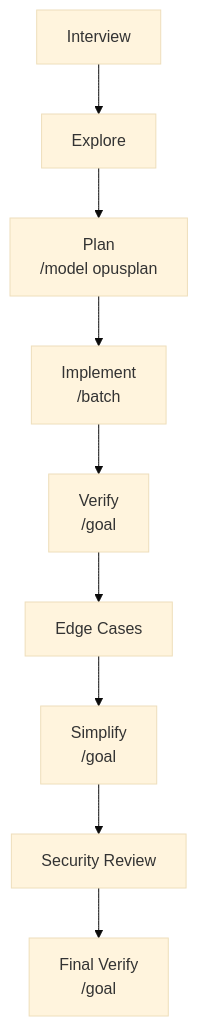
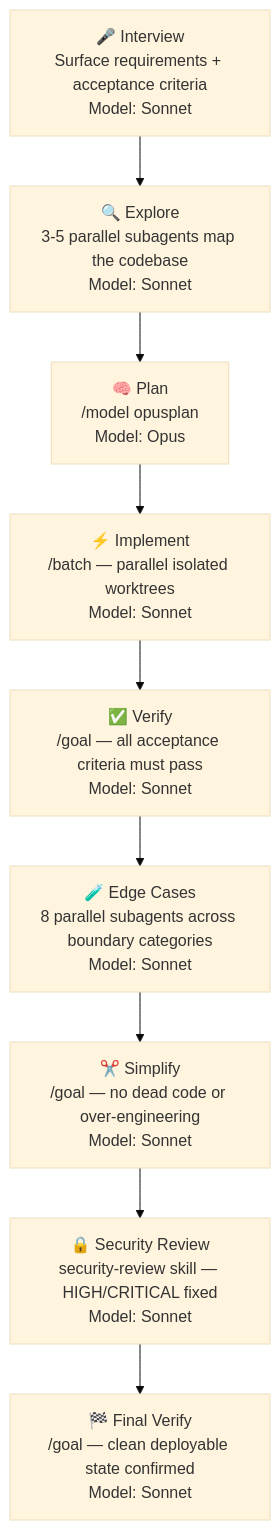
Before and after one commit to amajorai/ship.md: the diagram in README.md, drawn with Mermaid (base theme).

Commit message:
Expand Mermaid diagram with model info and phase details

````diff
--- a/README.md
+++ b/README.md
@@ -5,11 +5,11 @@
 ```mermaid
 flowchart TD
-    A[Interview] --> B[Explore]
-    B --> C[Plan\n/model opusplan]
-    C --> D[Implement\n/batch]
-    D --> E[Verify\n/goal]
-    E --> F[Edge Cases]
-    F --> G[Simplify\n/goal]
-    G --> H[Security Review]
-    H --> I[Final Verify\n/goal]
+    A["🎤 Interview\nSurface requirements + acceptance criteria\nModel: Sonnet"] --> B["🔍 Explore\n3-5 parallel subagents map the codebase\nModel: Sonnet"]
+    B --> C["🧠 Plan\n/model opusplan\nModel: Opus"]
+    C --> D["⚡ Implement\n/batch — parallel isolated worktrees\nModel: Sonnet"]
+    D --> E["✅ Verify\n/goal — all acceptance criteria must pass\nModel: Sonnet"]
+    E --> F["🧪 Edge Cases\n8 parallel subagents across boundary categories\nModel: Sonnet"]
+    F --> G["✂️ Simplify\n/goal — no dead code or over-engineering\nModel: Sonnet"]
+    G --> H["🔒 Security Review\nsecurity-review skill — HIGH/CRITICAL fixed\nModel: Sonnet"]
+    H --> I["🏁 Final Verify\n/goal — clean deployable state confirmed\nModel: Sonnet"]
 ```
````
